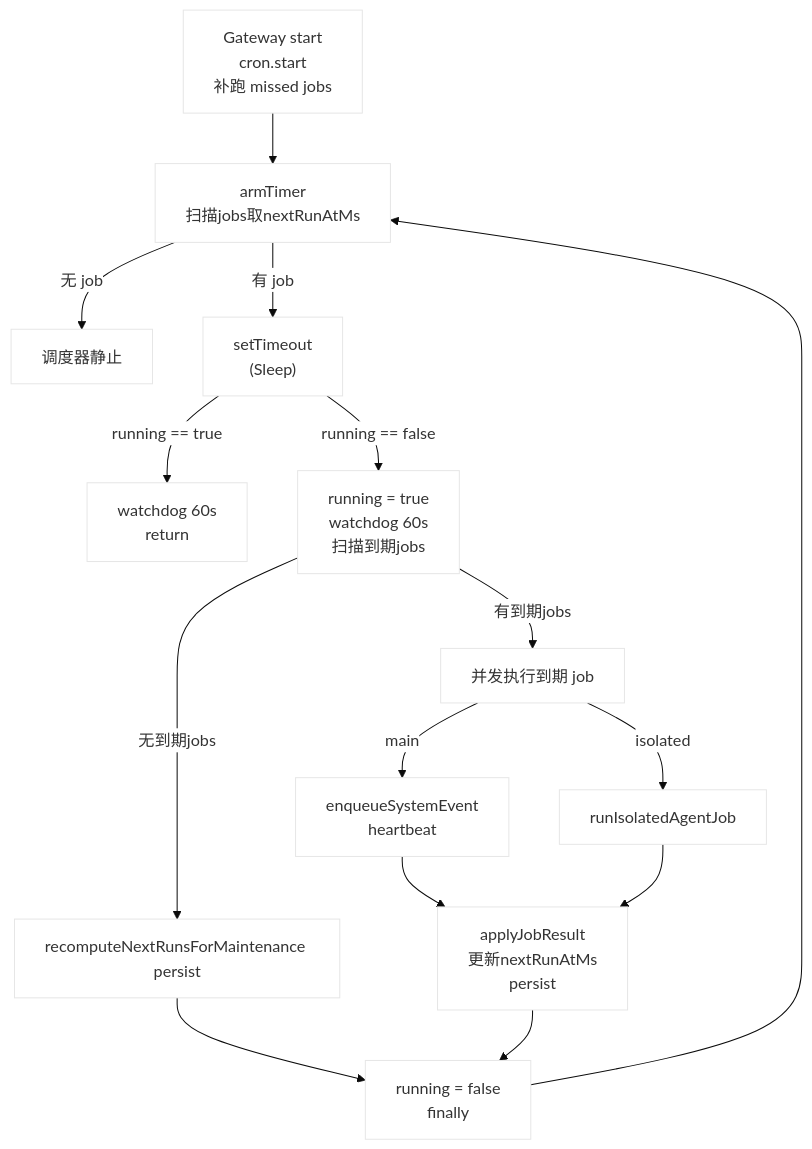
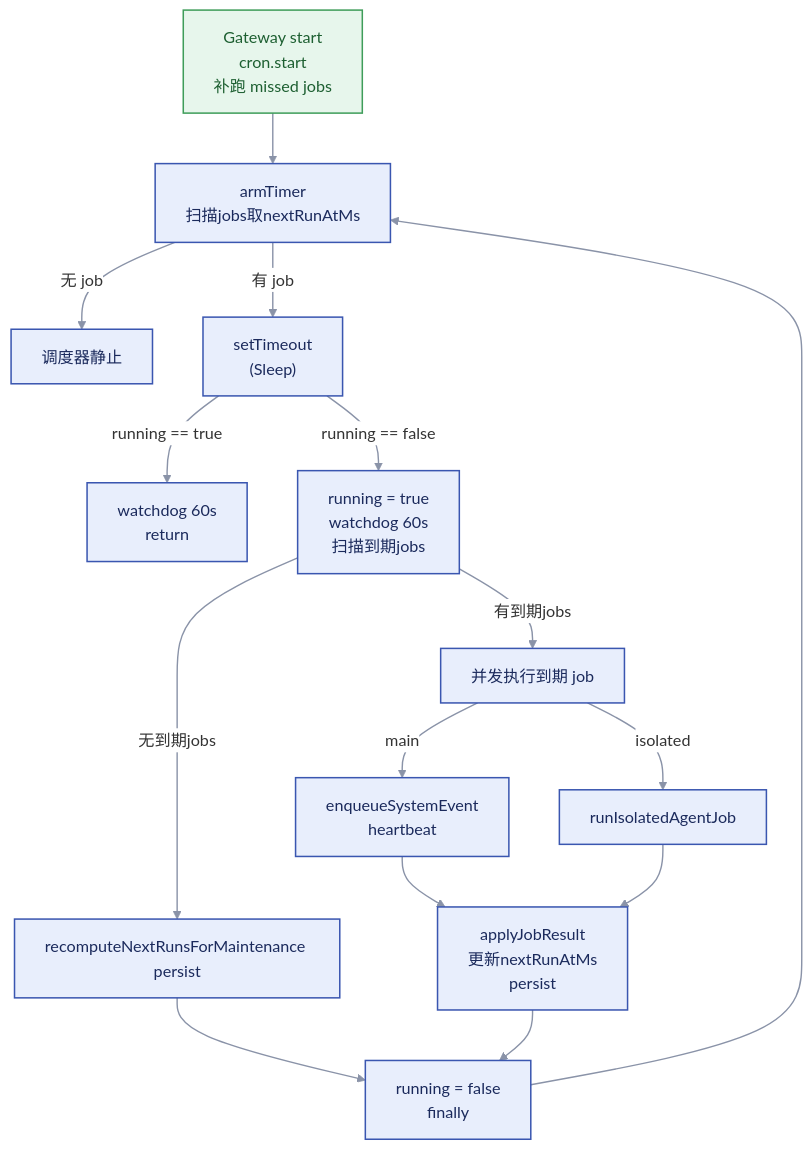
The first of 6 diagrams in src/content/blog/SomethingAboutOpenclaw.md (binlongzhang/binlongZhang.github.io), drawn with Mermaid before and after one commit. The commit also changed other lines of this file and 7 other files, not shown here.

Commit message:
polish mermaid title

````diff
--- a/src/content/blog/SomethingAboutOpenclaw.md
+++ b/src/content/blog/SomethingAboutOpenclaw.md
@@ -491,40 +489,48 @@
 ```mermaid
 %%{init: {'theme':'base', 'themeVariables': {'primaryColor':'#fff'}}}%%
 flowchart TD
   
 A["Gateway start
       cron.start
 补跑 missed jobs
       "] --> C
 
     C["armTimer 
  扫描jobs取nextRunAtMs"]
     C -- 无 job--> E["调度器静止"]
     C -- 有 job--> F["setTimeout
 (Sleep)"]
 
     F -- running == true--> J["watchdog 60s
 return"]
 
     F -- running == false--> L["running = true
 watchdog 60s
 扫描到期jobs"]
   
 
     L -- 无到期jobs --> P["recomputeNextRunsForMaintenance persist"]
     P --> Q
 
     L -- 有到期jobs --> R["并发执行到期 job"]
     R -- main --> S1["enqueueSystemEvent
 heartbeat"]
     R -- isolated --> S2["runIsolatedAgentJob"]
 
     S1 --> T["applyJobResult
  更新nextRunAtMs
 persist"]
     S2 --> T
     T--> Q
 
     Q["running = false
 finally"] --> C
+
+    %% 样式
+    classDef step fill:#e8eefc,stroke:#3a56b0,stroke-width:1.5px,color:#1b2a5c;
+    classDef start fill:#e7f6ec,stroke:#3f9d5a,stroke-width:1.5px,color:#1d5f31;
+
+    class A start;
+    class C,E,F,J,L,P,Q,R,S1,S2,T step;
+    linkStyle default stroke:#8a93a8,stroke-width:1.4px;
 ```
````
